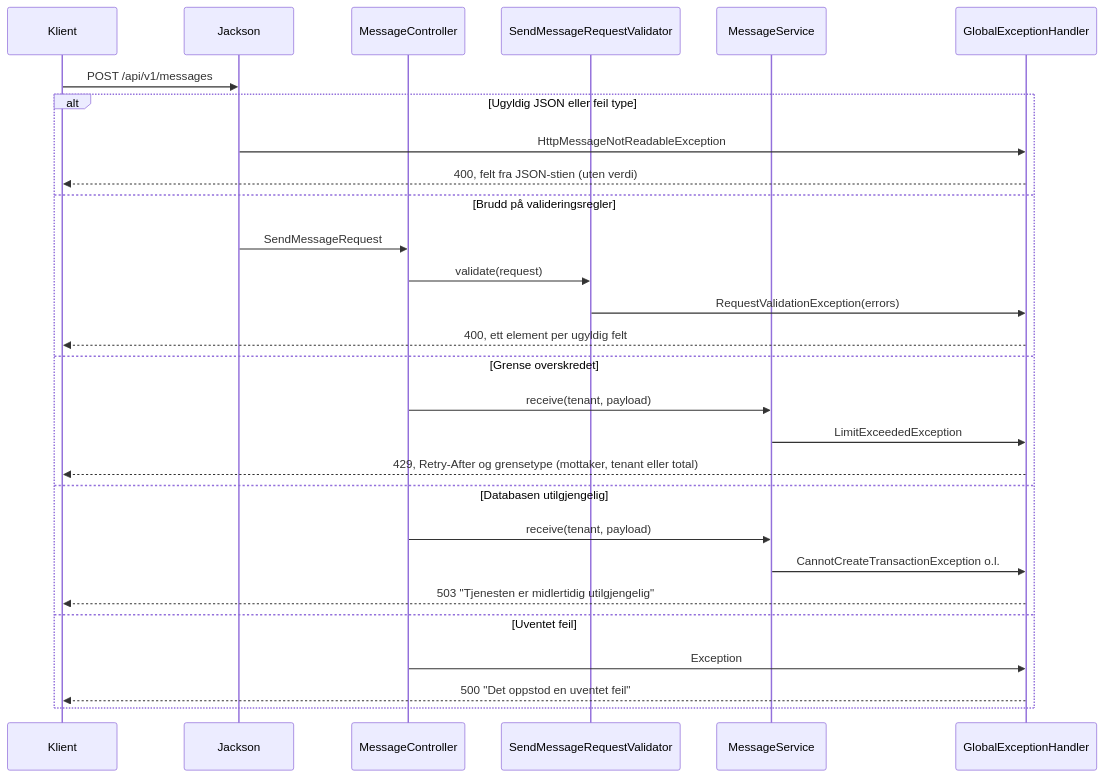
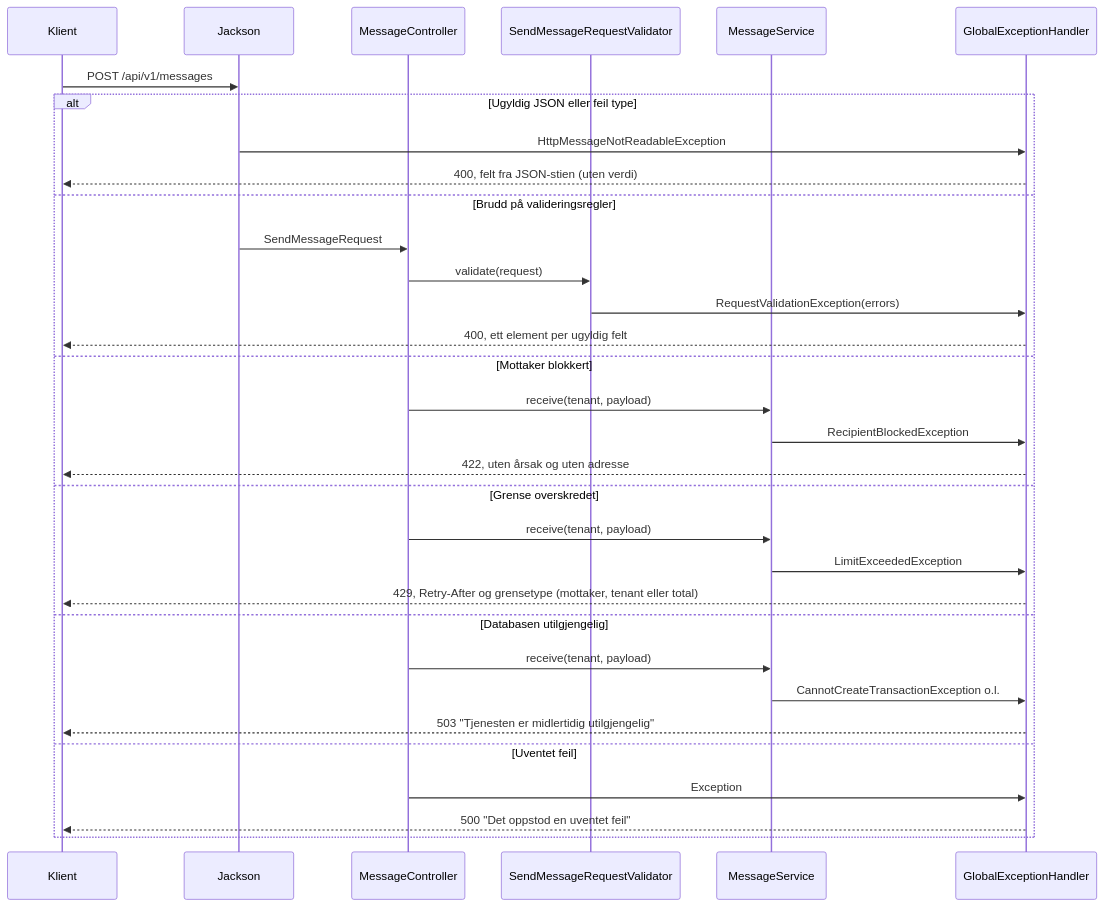
Before and after one commit to FINTLabs/fint-communication-service: the ninth of 13 diagrams in docs/architecture.md, drawn with Mermaid. The commit also changed other lines of this file and 18 other files, not shown here.

````diff
--- a/docs/architecture.md
+++ b/docs/architecture.md
@@ -459,31 +481,35 @@
 ```mermaid
 sequenceDiagram
     participant C as Klient
     participant J as Jackson
     participant MC as MessageController
     participant V as SendMessageRequestValidator
     participant MS as MessageService
     participant H as GlobalExceptionHandler
 
     C->>J: POST /api/v1/messages
     alt Ugyldig JSON eller feil type
         J->>H: HttpMessageNotReadableException
         H-->>C: 400, felt fra JSON-stien (uten verdi)
     else Brudd på valideringsregler
         J->>MC: SendMessageRequest
         MC->>V: validate(request)
         V->>H: RequestValidationException(errors)
         H-->>C: 400, ett element per ugyldig felt
+    else Mottaker blokkert
+        MC->>MS: receive(tenant, payload)
+        MS->>H: RecipientBlockedException
+        H-->>C: 422, uten årsak og uten adresse
     else Grense overskredet
         MC->>MS: receive(tenant, payload)
         MS->>H: LimitExceededException
         H-->>C: 429, Retry-After og grensetype (mottaker, tenant eller total)
     else Databasen utilgjengelig
         MC->>MS: receive(tenant, payload)
         MS->>H: CannotCreateTransactionException o.l.
         H-->>C: 503 "Tjenesten er midlertidig utilgjengelig"
     else Uventet feil
         MC->>H: Exception
         H-->>C: 500 "Det oppstod en uventet feil"
     end
 ```
````
